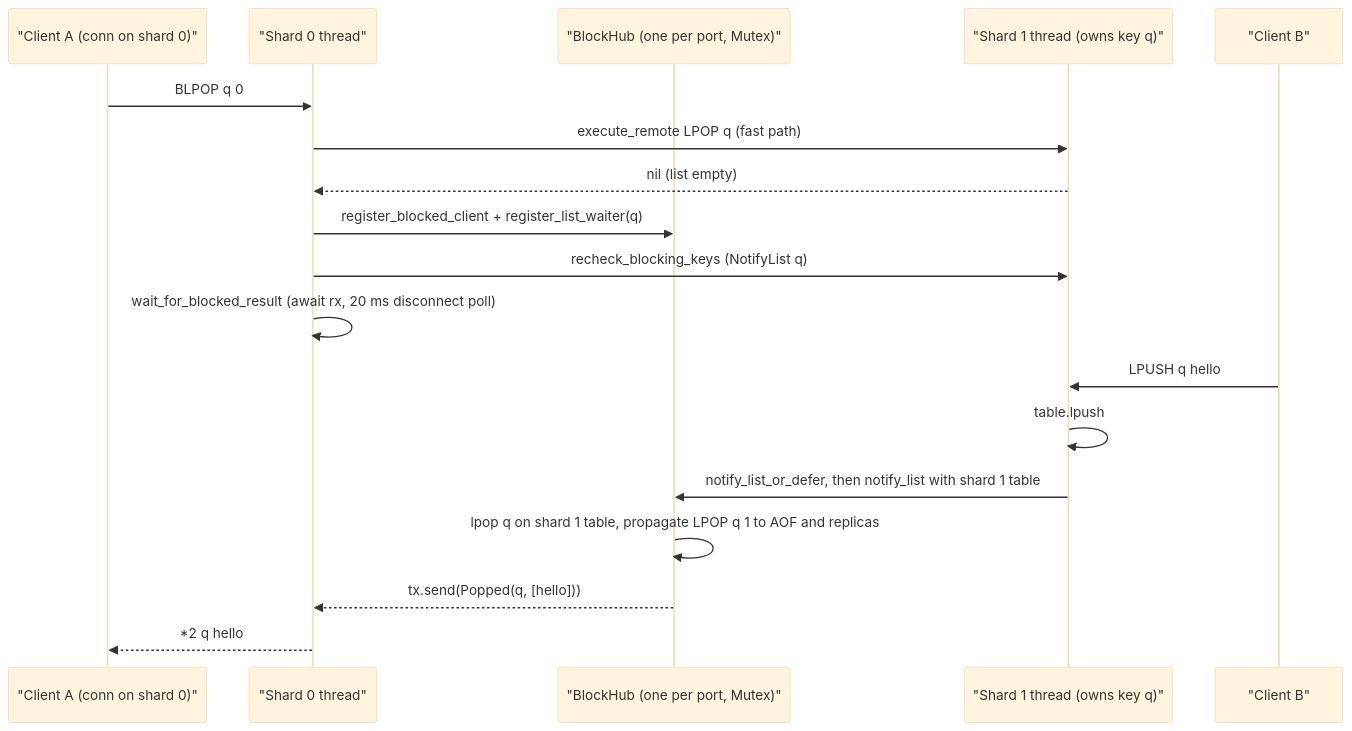
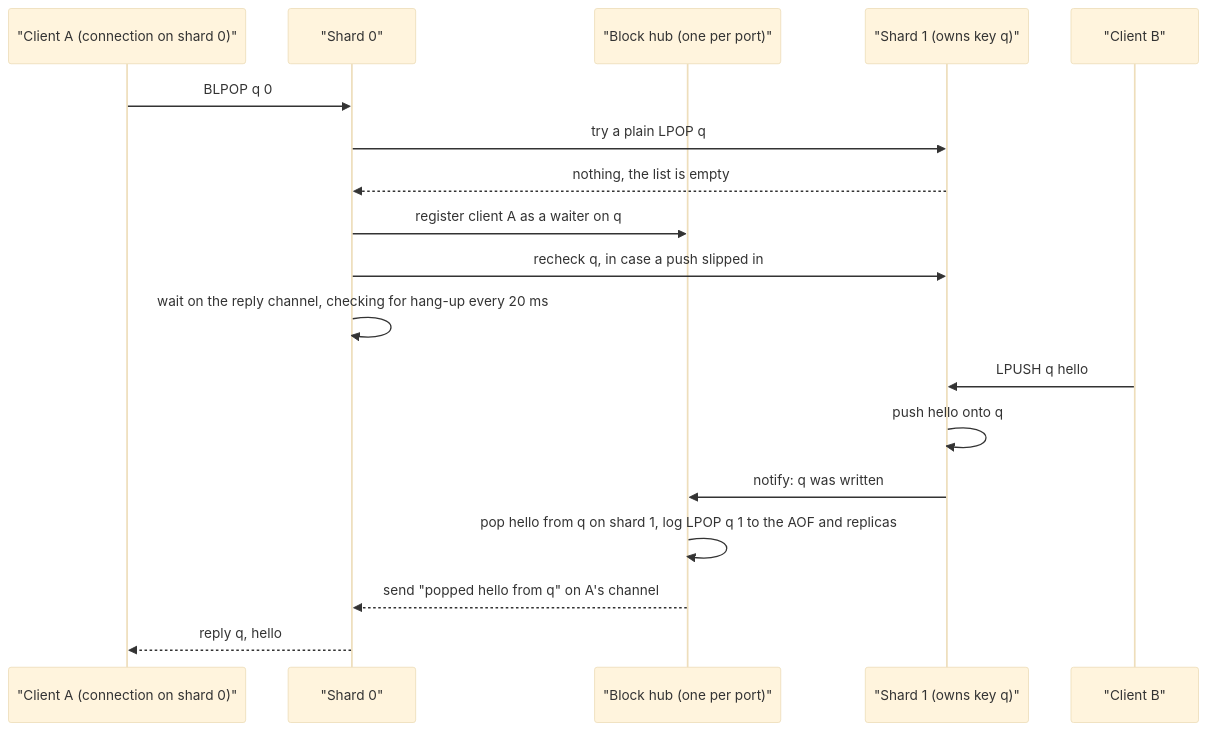
One commit to warrenzhu25/rudis changed the first of 2 diagrams in docs/internal/06_blocking_hub.md. Above: the diagram before and after it, drawn with Mermaid (base theme). The commit also changed other lines of this file and 18 other files, not shown here.

````diff
--- a/docs/internal/06_blocking_hub.md
+++ b/docs/internal/06_blocking_hub.md
@@ -59,20 +64,20 @@
 ```mermaid
 sequenceDiagram
-    participant A as "Client A (conn on shard 0)"
-    participant S0 as "Shard 0 thread"
-    participant Hub as "BlockHub (one per port, Mutex)"
-    participant S1 as "Shard 1 thread (owns key q)"
+    participant A as "Client A (connection on shard 0)"
+    participant S0 as "Shard 0"
+    participant Hub as "Block hub (one per port)"
+    participant S1 as "Shard 1 (owns key q)"
     participant B as "Client B"
     A->>S0: BLPOP q 0
-    S0->>S1: execute_remote LPOP q (fast path)
-    S1-->>S0: nil (list empty)
-    S0->>Hub: register_blocked_client + register_list_waiter(q)
-    S0->>S1: recheck_blocking_keys (NotifyList q)
-    S0->>S0: wait_for_blocked_result (await rx, 20 ms disconnect poll)
+    S0->>S1: try a plain LPOP q
+    S1-->>S0: nothing, the list is empty
+    S0->>Hub: register client A as a waiter on q
+    S0->>S1: recheck q, in case a push slipped in
+    S0->>S0: wait on the reply channel, checking for hang-up every 20 ms
     B->>S1: LPUSH q hello
-    S1->>S1: table.lpush
-    S1->>Hub: notify_list_or_defer, then notify_list with shard 1 table
-    Hub->>Hub: lpop q on shard 1 table, propagate LPOP q 1 to AOF and replicas
-    Hub-->>S0: tx.send(Popped(q, [hello]))
-    S0-->>A: *2 q hello
+    S1->>S1: push hello onto q
+    S1->>Hub: notify: q was written
+    Hub->>Hub: pop hello from q on shard 1, log LPOP q 1 to the AOF and replicas
+    Hub-->>S0: send "popped hello from q" on A's channel
+    S0-->>A: reply q, hello
 ```
````
